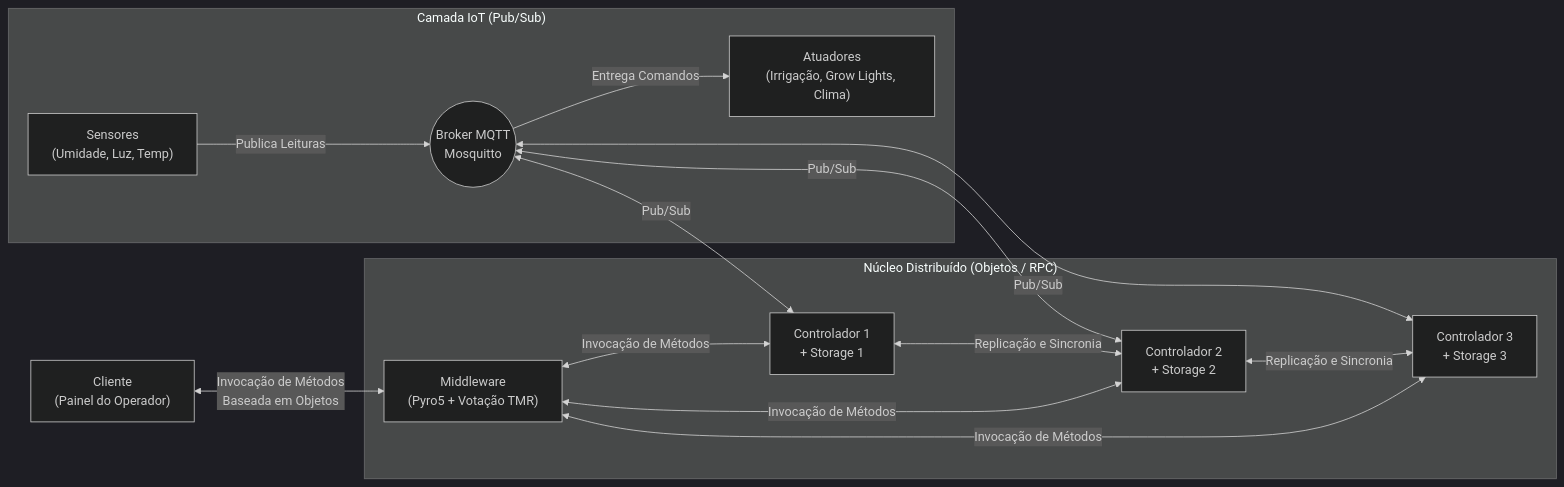
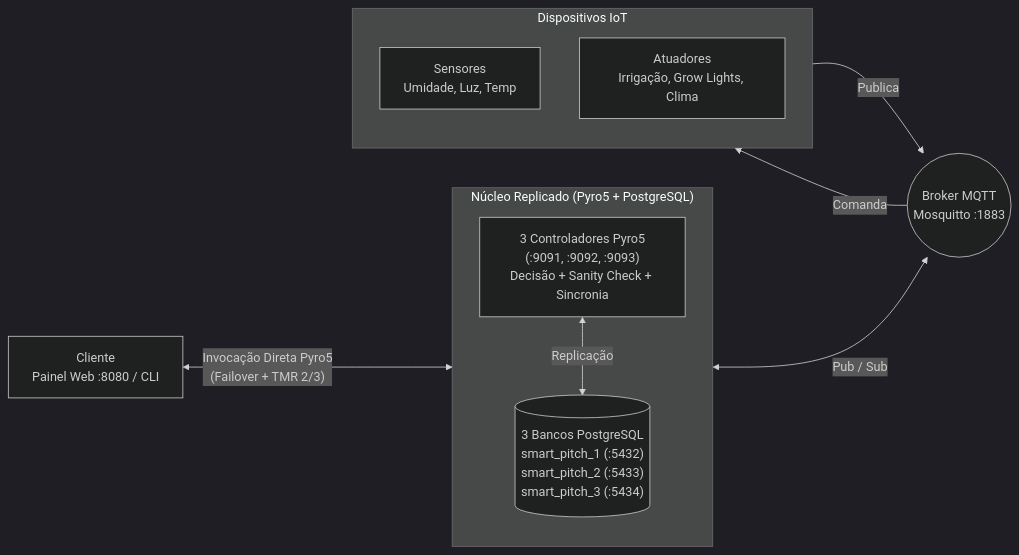
The diagram in docs/guia_de_estudos.md (BPCruzz/Gestao-Automatizada-De-Estadios), drawn with Mermaid (dark theme) before and after one commit. The commit also changed other lines of this file and 5 other files, not shown here.

First line of the commit message:
Atualiza relatório técnico, guias e cria diagrama simplificado

````diff
--- a/docs/guia_de_estudos.md
+++ b/docs/guia_de_estudos.md
@@ -11,20 +11,24 @@
 ```mermaid
 flowchart LR
-    subgraph IoT["Camada IoT (Pub/Sub)"]
-        S["Sensores\n(Umidade, Luz, Temp)"] -->|Publica Leituras| MQTT(("Broker MQTT\nMosquitto"))
-        MQTT -->|Entrega Comandos| A["Atuadores\n(Irrigação, Grow Lights, Clima)"]
+    CLI["Cliente<br/>Painel Web :8080 / CLI"]
+
+    subgraph CORE["Núcleo Replicado (Pyro5 + PostgreSQL)"]
+        direction TB
+        CTRL["3 Controladores Pyro5<br/>(:9091, :9092, :9093)<br/>Decisão + Sanity Check + Sincronia"]
+        DB[("3 Bancos PostgreSQL<br/>smart_pitch_1 (:5432)<br/>smart_pitch_2 (:5433)<br/>smart_pitch_3 (:5434)")]
+        CTRL <-->|"Replicação"| DB
     end
 
-    subgraph Core["Núcleo Distribuído (Objetos / RPC)"]
-        MQTT <-->|Pub/Sub| C1["Controlador 1\n+ Storage 1"]
-        MQTT <-->|Pub/Sub| C2["Controlador 2\n+ Storage 2"]
-        MQTT <-->|Pub/Sub| C3["Controlador 3\n+ Storage 3"]
-        C1 <-->|Replicação e Sincronia| C2
-        C2 <-->|Replicação e Sincronia| C3
-        MW["Middleware\n(Pyro5 + Votação TMR)"] <-->|Invocação de Métodos| C1
-        MW <-->|Invocação de Métodos| C2
-        MW <-->|Invocação de Métodos| C3
+    MQTT(("Broker MQTT<br/>Mosquitto :1883"))
+
+    subgraph IOT["Dispositivos IoT"]
+        direction TB
+        SEN["Sensores<br/>Umidade, Luz, Temp"]
+        ATU["Atuadores<br/>Irrigação, Grow Lights, Clima"]
     end
 
-    CLI["Cliente\n(Painel do Operador)"] <-->|Invocação de Métodos\nBaseada em Objetos| MW
+    CLI <-->|"Invocação Direta Pyro5<br/>(Failover + TMR 2/3)"| CTRL
+    CTRL <-->|"Pub / Sub"| MQTT
+    SEN -->|"Publica"| MQTT
+    MQTT -->|"Comanda"| ATU
 ```
````
